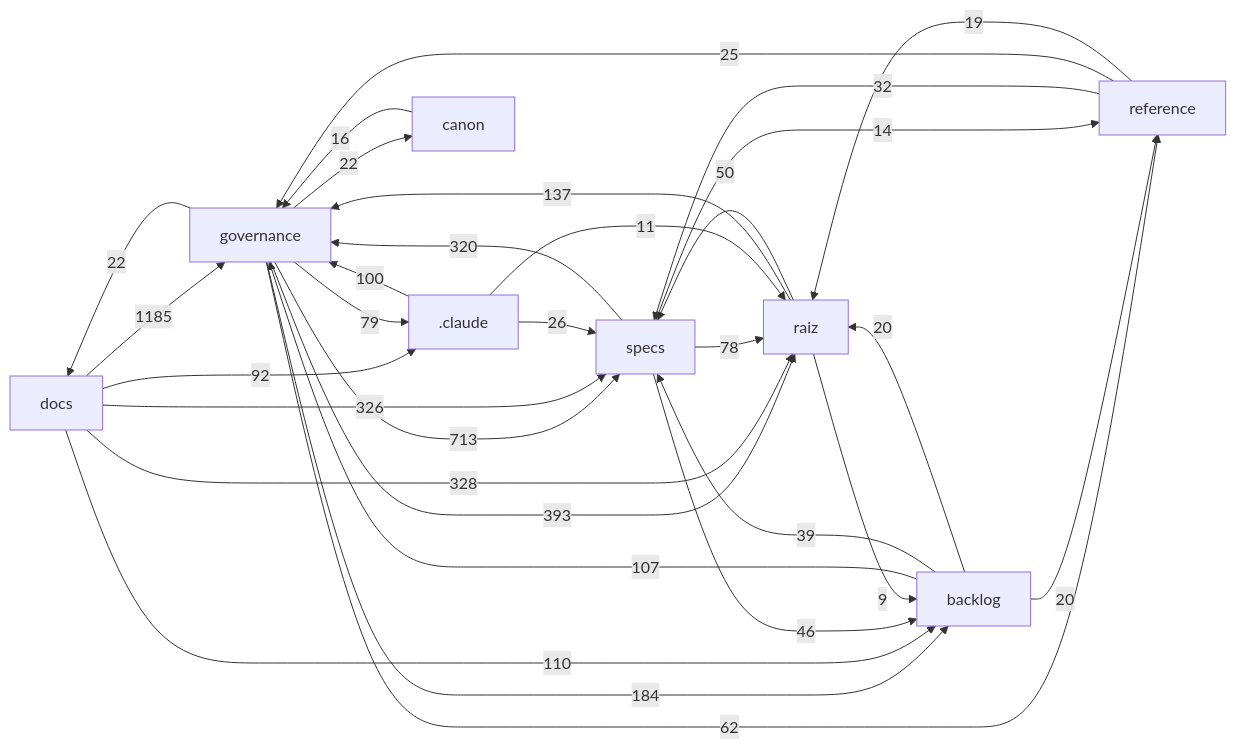
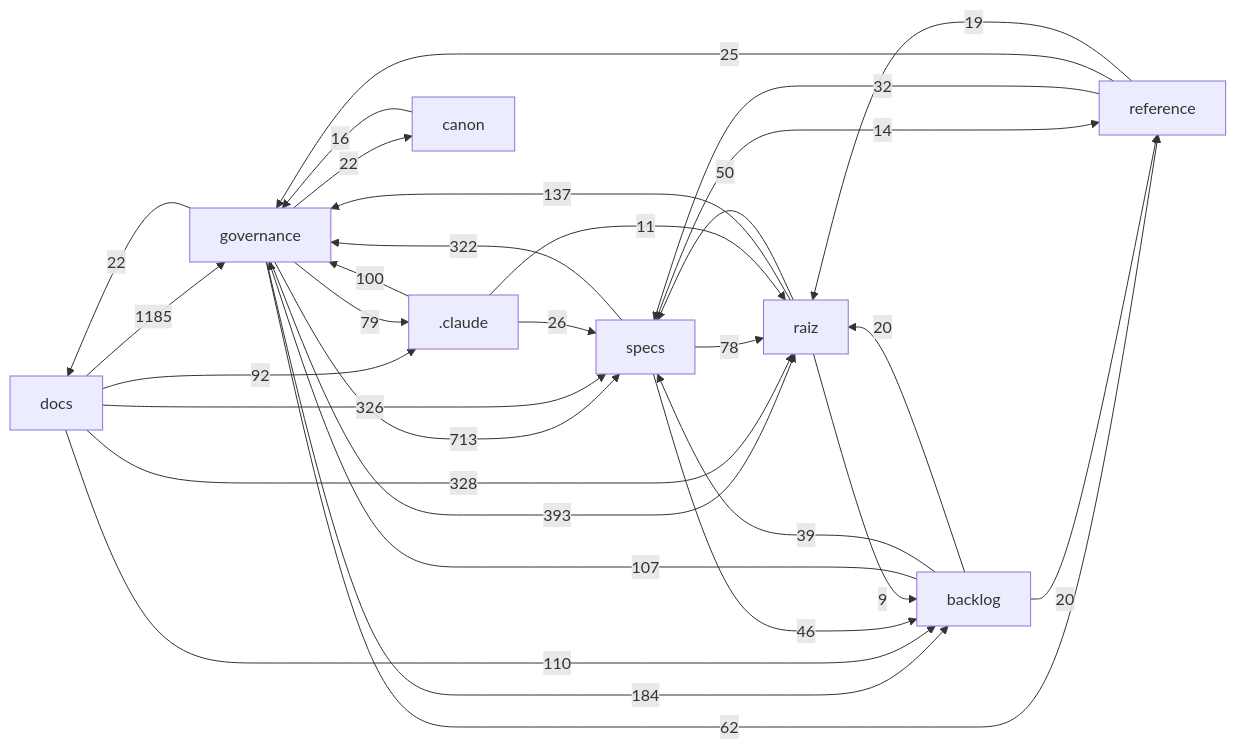
Before and after one commit to Andraus35/Sistema-Operacional-de-Trading--SOT: the diagram in docs/mapa/MAPA-PROJETO.md, drawn with Mermaid. The commit also changed other lines of this file and 3 other files, not shown here.

````diff
--- a/docs/mapa/MAPA-PROJETO.md
+++ b/docs/mapa/MAPA-PROJETO.md
@@ -29,33 +29,33 @@
 ```mermaid
 flowchart LR
   docs["docs"] -->|1185| governance["governance"]
   governance["governance"] -->|713| specs["specs"]
   governance["governance"] -->|393| raiz["raiz"]
   docs["docs"] -->|328| raiz["raiz"]
   docs["docs"] -->|326| specs["specs"]
-  specs["specs"] -->|320| governance["governance"]
+  specs["specs"] -->|322| governance["governance"]
   governance["governance"] -->|184| backlog["backlog"]
   raiz["raiz"] -->|137| governance["governance"]
   docs["docs"] -->|110| backlog["backlog"]
   backlog["backlog"] -->|107| governance["governance"]
   _claude[".claude"] -->|100| governance["governance"]
   docs["docs"] -->|92| _claude[".claude"]
   governance["governance"] -->|79| _claude[".claude"]
   specs["specs"] -->|78| raiz["raiz"]
   governance["governance"] -->|62| reference["reference"]
   raiz["raiz"] -->|50| specs["specs"]
   specs["specs"] -->|46| backlog["backlog"]
   backlog["backlog"] -->|39| specs["specs"]
   reference["reference"] -->|32| specs["specs"]
   _claude[".claude"] -->|26| specs["specs"]
   reference["reference"] -->|25| governance["governance"]
   governance["governance"] -->|22| docs["docs"]
   governance["governance"] -->|22| canon["canon"]
   backlog["backlog"] -->|20| raiz["raiz"]
   backlog["backlog"] -->|20| reference["reference"]
   reference["reference"] -->|19| raiz["raiz"]
   canon["canon"] -->|16| governance["governance"]
   specs["specs"] -->|14| reference["reference"]
   _claude[".claude"] -->|11| raiz["raiz"]
   raiz["raiz"] -->|9| backlog["backlog"]
 ```
````
